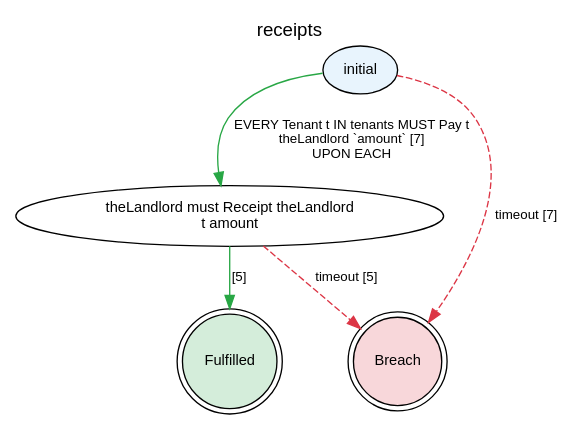
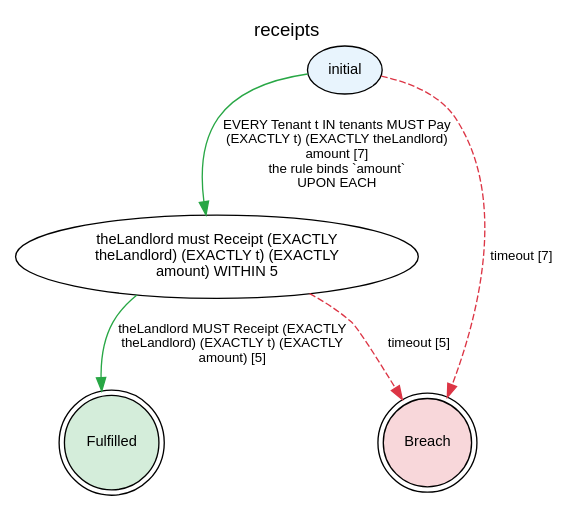
One commit to legalese/l4-ide changed the diagram in etc/lts-reader-proxy/tenancy/B.dot. Above: the diagram before and after it, drawn with Graphviz. The commit also changed 5 other files, not shown here.

```diff
--- a/etc/lts-reader-proxy/tenancy/B.dot
+++ b/etc/lts-reader-proxy/tenancy/B.dot
@@ -1,43 +1,43 @@
 digraph {
     graph [rankdir=TB
           ,label=receipts
           ,labelloc=t
           ,fontname=Helvetica
           ,fontsize=14];
     node [fontname=Helvetica
          ,fontsize=11];
     edge [fontname=Helvetica
          ,fontsize=10];
     0 [label=initial
       ,fillcolor=white
       ,style=filled
       ,shape=ellipse
       ,fillcolor="#e8f4fd"];
-    1 [label="theLandlord must Receipt theLandlord\nt amount"
+    1 [label="theLandlord must Receipt (EXACTLY\ntheLandlord) (EXACTLY t) (EXACTLY\namount) WITHIN 5"
       ,fillcolor=white
       ,style=filled
       ,shape=ellipse
       ,fillcolor="#ffffff"];
     2 [label=Fulfilled
       ,fillcolor=white
       ,style=filled
       ,shape=doublecircle
       ,fillcolor="#d4edda"];
     3 [label=Breach
       ,fillcolor=white
       ,style=filled
       ,shape=doublecircle
       ,fillcolor="#f8d7da"];
-    0 -> 1 [label="EVERY Tenant t IN tenants MUST Pay t\ntheLandlord `amount` [7]\nUPON EACH"
+    0 -> 1 [label="EVERY Tenant t IN tenants MUST Pay\n(EXACTLY t) (EXACTLY theLandlord)\namount [7]\nthe rule binds `amount`\nUPON EACH"
            ,color="#28a745"
            ,style=solid];
     0 -> 3 [label="timeout [7]"
            ,color="#dc3545"
            ,style=dashed];
-    1 -> 2 [label="[5]"
+    1 -> 2 [label="theLandlord MUST Receipt (EXACTLY\ntheLandlord) (EXACTLY t) (EXACTLY\namount) [5]"
            ,color="#28a745"
            ,style=solid];
     1 -> 3 [label="timeout [5]"
            ,color="#dc3545"
            ,style=dashed];
 }
```
